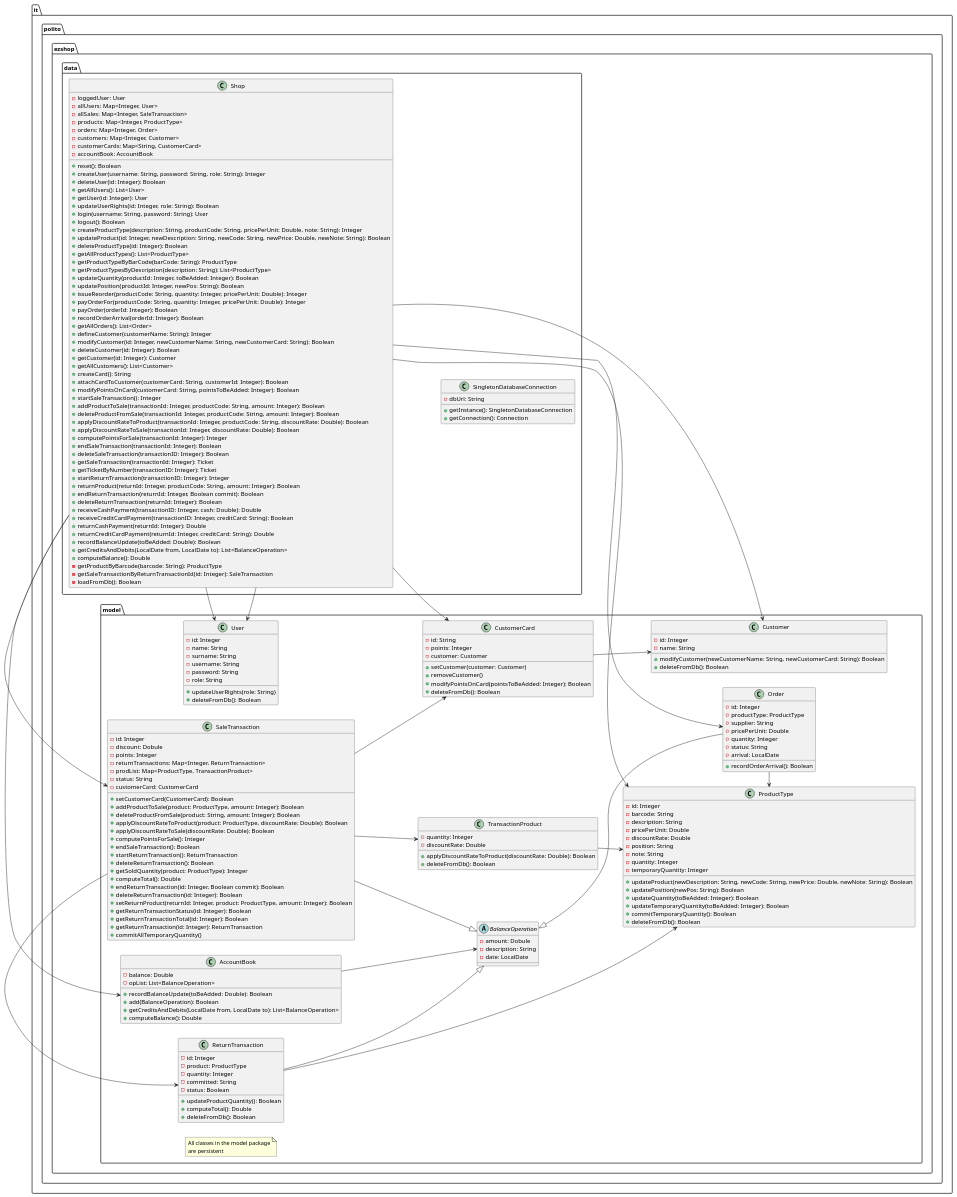
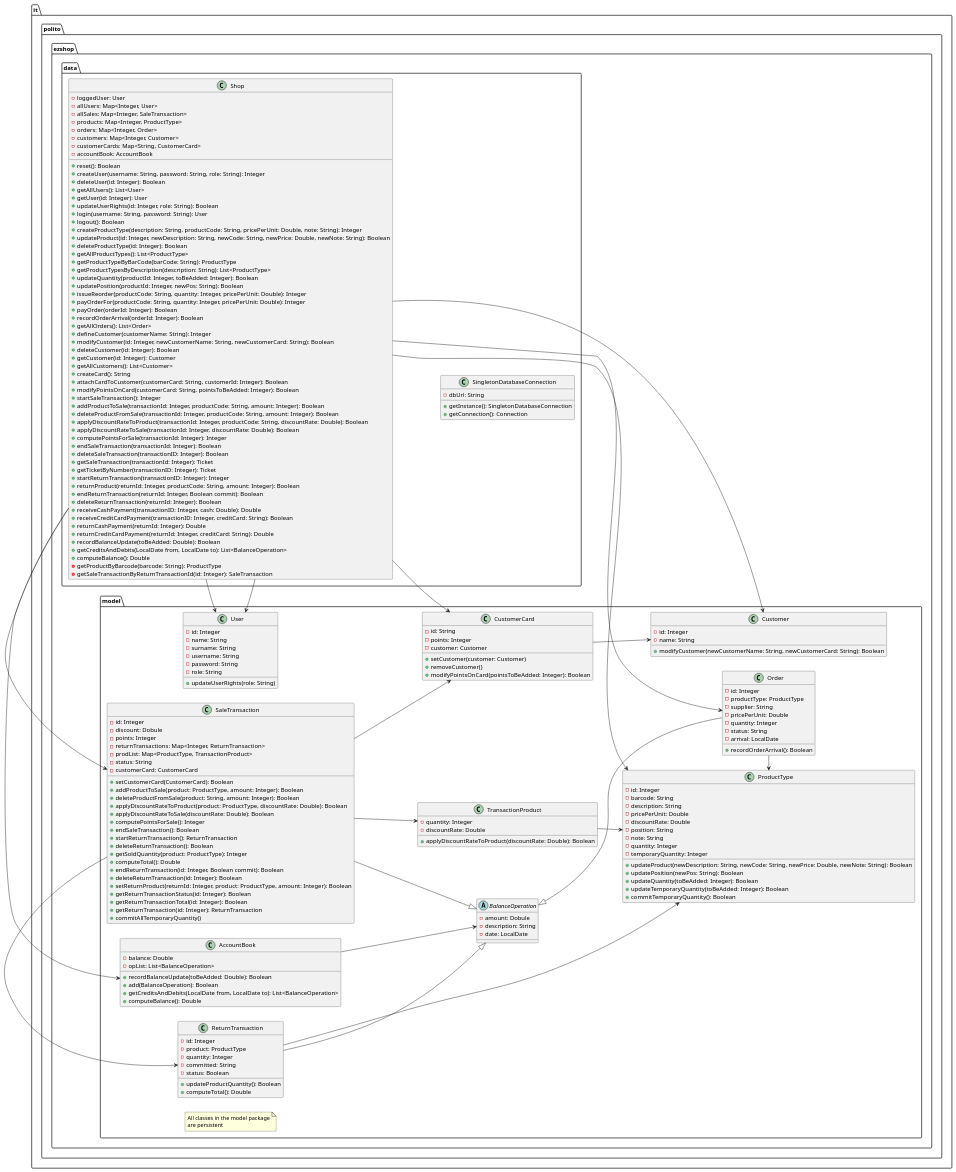
Before and after one commit to MatteoBattilana/EzShop: the second of 6 diagrams in Deliverables/DesignDocument.md, drawn with PlantUML.

Commit message:
docs: removed database reference

```diff
--- a/Deliverables/DesignDocument.md
+++ b/Deliverables/DesignDocument.md
@@ -119,7 +119,6 @@
 + computeBalance(): Double
 - getProductByBarcode(barcode: String): ProductType
 - getSaleTransactionByReturnTransactionId(id: Integer): SaleTransaction
-- loadFromDb(): Boolean
   }
   Shop -[hidden]-> SingletonDatabaseConnection
 }
@@ -140,7 +139,6 @@
     - password: String
     - role: String
     + updateUserRights(role: String)
-    + deleteFromDb(): Boolean
   }
 
   class ProductType{
@@ -158,7 +156,6 @@
       + updateQuantity(toBeAdded: Integer): Boolean
       + updateTemporaryQuantity(toBeAdded: Integer): Boolean
       + commitTemporaryQuantity(): Boolean
-      + deleteFromDb(): Boolean
   }
   class Order {
     - id: Integer
@@ -177,13 +174,11 @@
       + setCustomer(customer: Customer)
       + removeCustomer()
       + modifyPointsOnCard(pointsToBeAdded: Integer): Boolean
-      + deleteFromDb(): Boolean
   }
   class Customer {
       - id: Integer
       - name: String
       + modifyCustomer(newCustomerName: String, newCustomerCard: String): Boolean
-      + deleteFromDb(): Boolean
   }
   class SaleTransaction {
       - id: Integer
@@ -220,13 +215,11 @@
     - status: Boolean
     + updateProductQuantity(): Boolean
     + computeTotal(): Double
-    + deleteFromDb(): Boolean
   }
   class TransactionProduct {
     - quantity: Integer
     - discountRate: Double
     + applyDiscountRateToProduct(discountRate: Double): Boolean
-    + deleteFromDb(): Boolean
   }
 
   class AccountBook{
```
